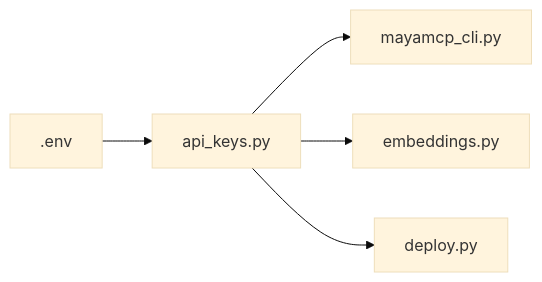
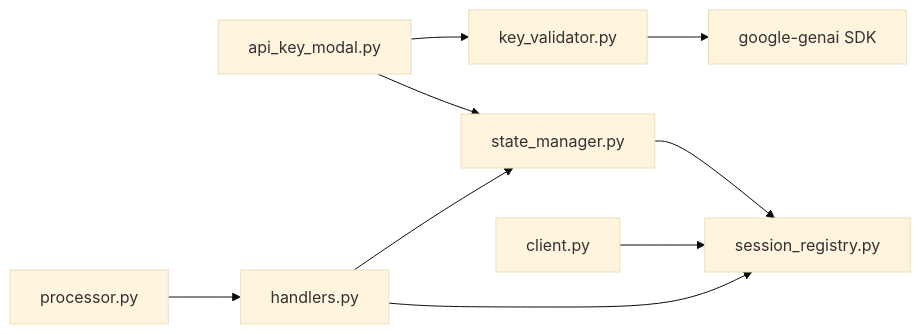
Before and after one commit to MOK-5-ha/MayaMCP: the eighth of 8 diagrams in .qoder/repowiki/en/content/Configuration Management/API Key Management.md, drawn with Mermaid (base theme). The commit also changed other lines of this file and 27 other files, not shown here.

````diff
--- a/.qoder/repowiki/en/content/Configuration Management/API Key Management.md
+++ b/.qoder/repowiki/en/content/Configuration Management/API Key Management.md
@@ -271,7 +323,11 @@
 ```mermaid
 graph LR
-Env[".env"] --> API["api_keys.py"]
-API --> CLI["mayamcp_cli.py"]
-API --> EMB["embeddings.py"]
-API --> DEP["deploy.py"]
+Modal["api_key_modal.py"] --> Validator["key_validator.py"]
+Modal --> State["state_manager.py"]
+Validator --> SDK["google-genai SDK"]
+State --> Registry["session_registry.py"]
+Handlers["handlers.py"] --> State
+Handlers --> Registry
+Processor["processor.py"] --> Handlers
+Client["client.py"] --> Registry
 ```
````
